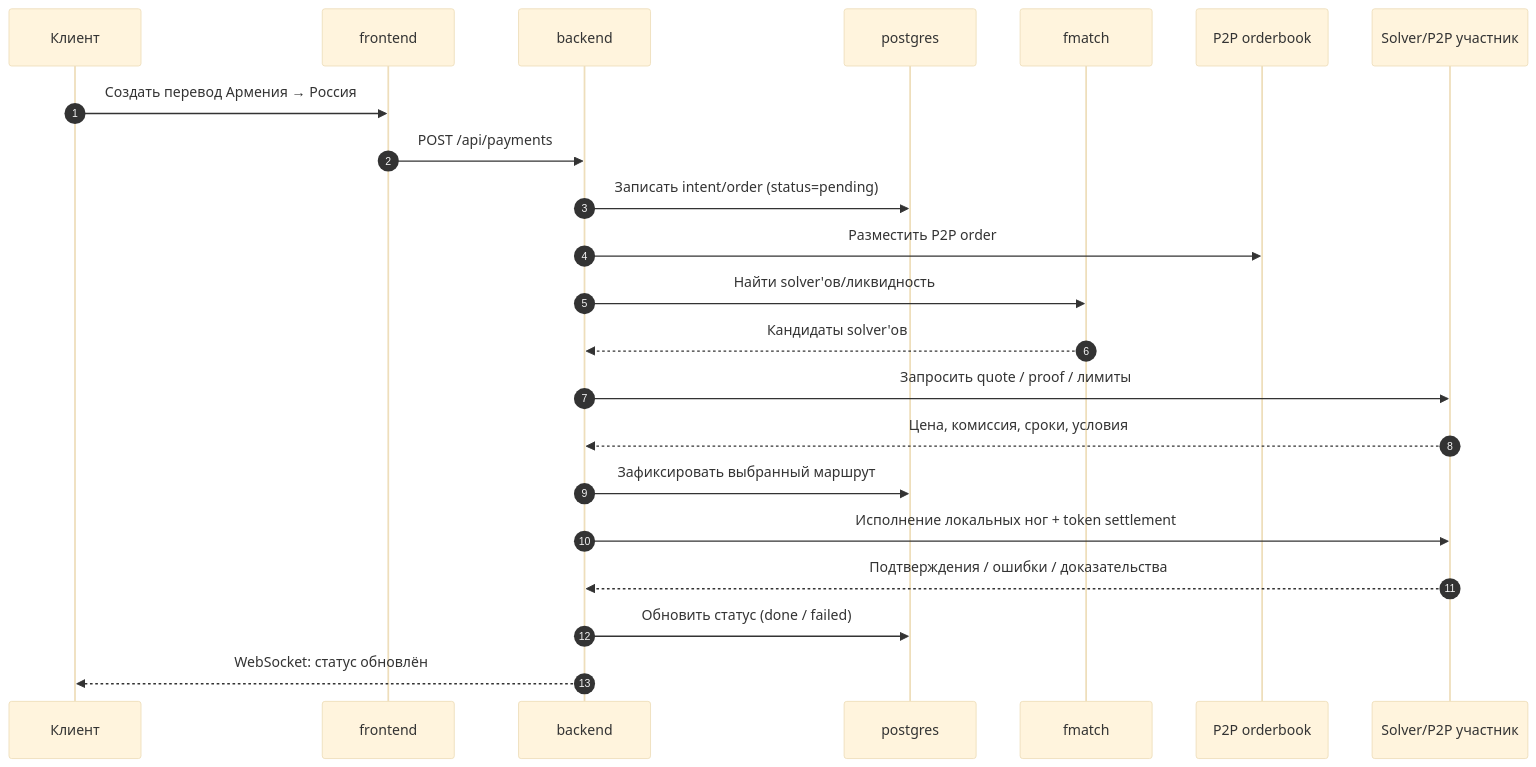
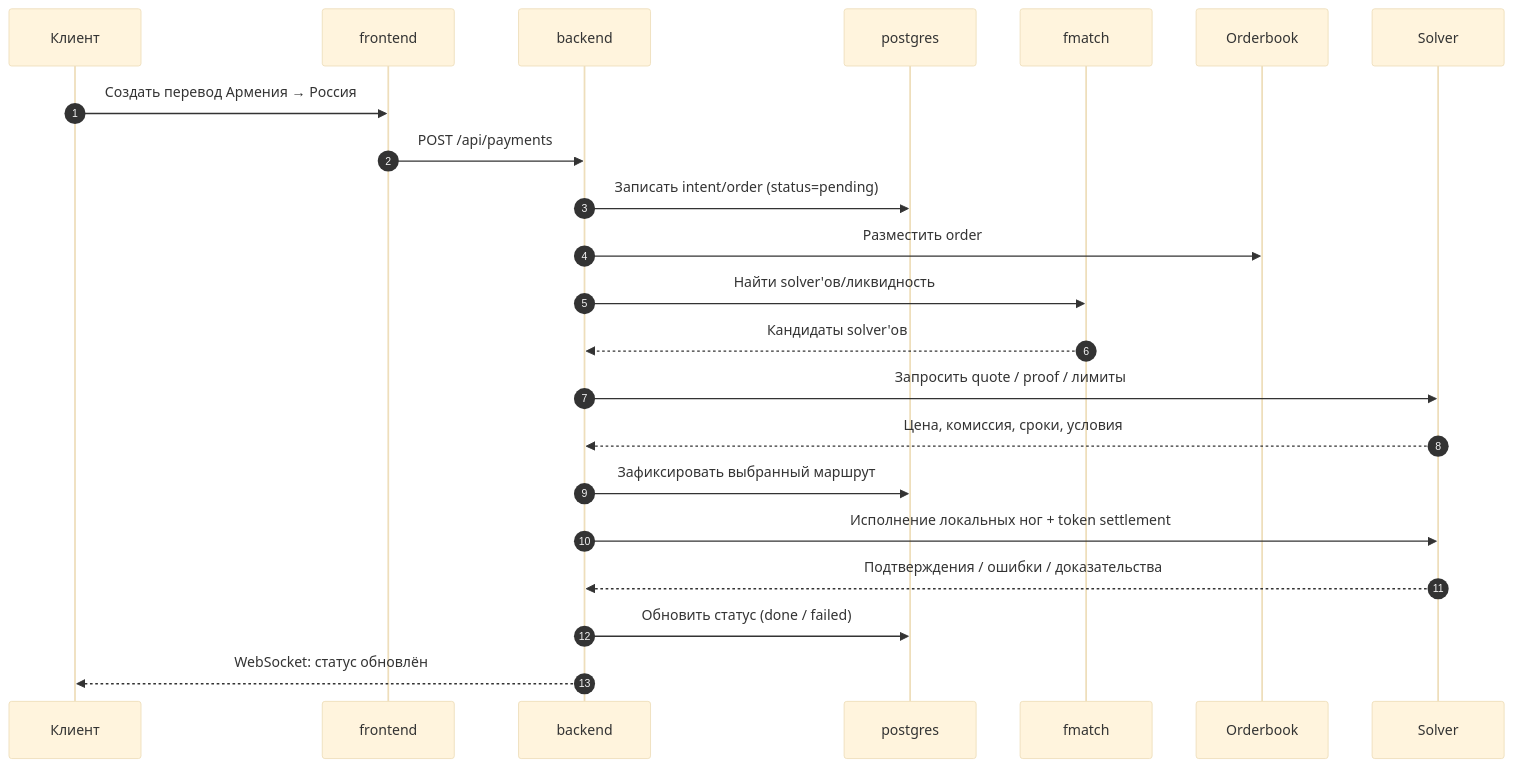
Before and after one commit to Flow3Pay/pay3flow: the second of 2 diagrams in README.md, drawn with Mermaid (base theme). The commit also changed other lines of this file and 5 other files, not shown here.

````diff
--- a/README.md
+++ b/README.md
@@ -65,25 +65,25 @@
 ```mermaid
 sequenceDiagram
     autonumber
     participant К as Клиент
     participant FE as frontend
     participant BE as backend
     participant DB as postgres
     participant FM as fmatch
-    participant OB as P2P orderbook
-    participant S as Solver/P2P участник
+    participant OB as Orderbook
+    participant S as Solver
 
     К->>FE: Создать перевод Армения → Россия
     FE->>BE: POST /api/payments
     BE->>DB: Записать intent/order (status=pending)
-    BE->>OB: Разместить P2P order
+    BE->>OB: Разместить order
     BE->>FM: Найти solver'ов/ликвидность
     FM-->>BE: Кандидаты solver'ов
     BE->>S: Запросить quote / proof / лимиты
     S-->>BE: Цена, комиссия, сроки, условия
     BE->>DB: Зафиксировать выбранный маршрут
     BE->>S: Исполнение локальных ног + token settlement
     S-->>BE: Подтверждения / ошибки / доказательства
     BE->>DB: Обновить статус (done / failed)
     BE-->>К: WebSocket: статус обновлён
 ```
````
